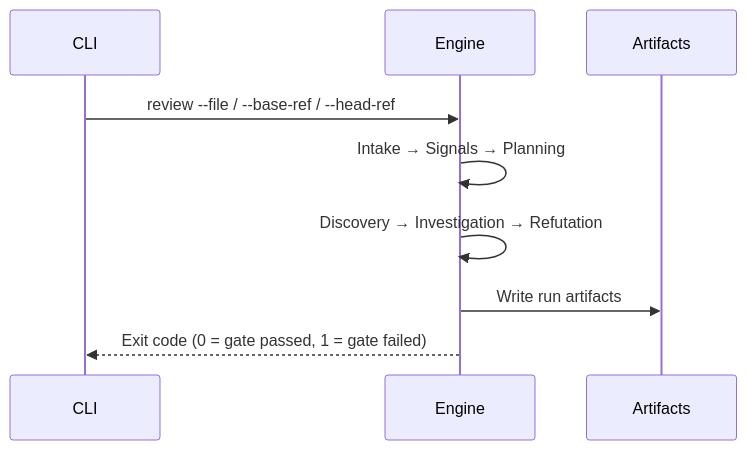
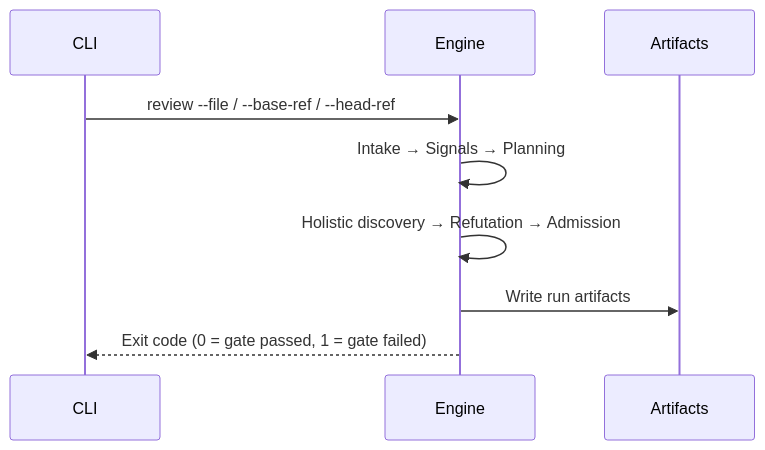
One commit to sebastianwessel/codereviewer changed the diagram in docs/getting-started/first-review.md. Above: the diagram before and after it, drawn with Mermaid. The commit also changed other lines of this file and 26 other files, not shown here.

````diff
--- a/docs/getting-started/first-review.md
+++ b/docs/getting-started/first-review.md
@@ -26,12 +26,12 @@
 ```mermaid
 sequenceDiagram
   participant CLI
   participant Engine
   participant Artifacts
 
   CLI->>Engine: review --file / --base-ref / --head-ref
   Engine->>Engine: Intake → Signals → Planning
-  Engine->>Engine: Discovery → Investigation → Refutation
+  Engine->>Engine: Holistic discovery → Refutation → Admission
   Engine->>Artifacts: Write run artifacts
   Engine-->>CLI: Exit code (0 = gate passed, 1 = gate failed)
 ```
````
